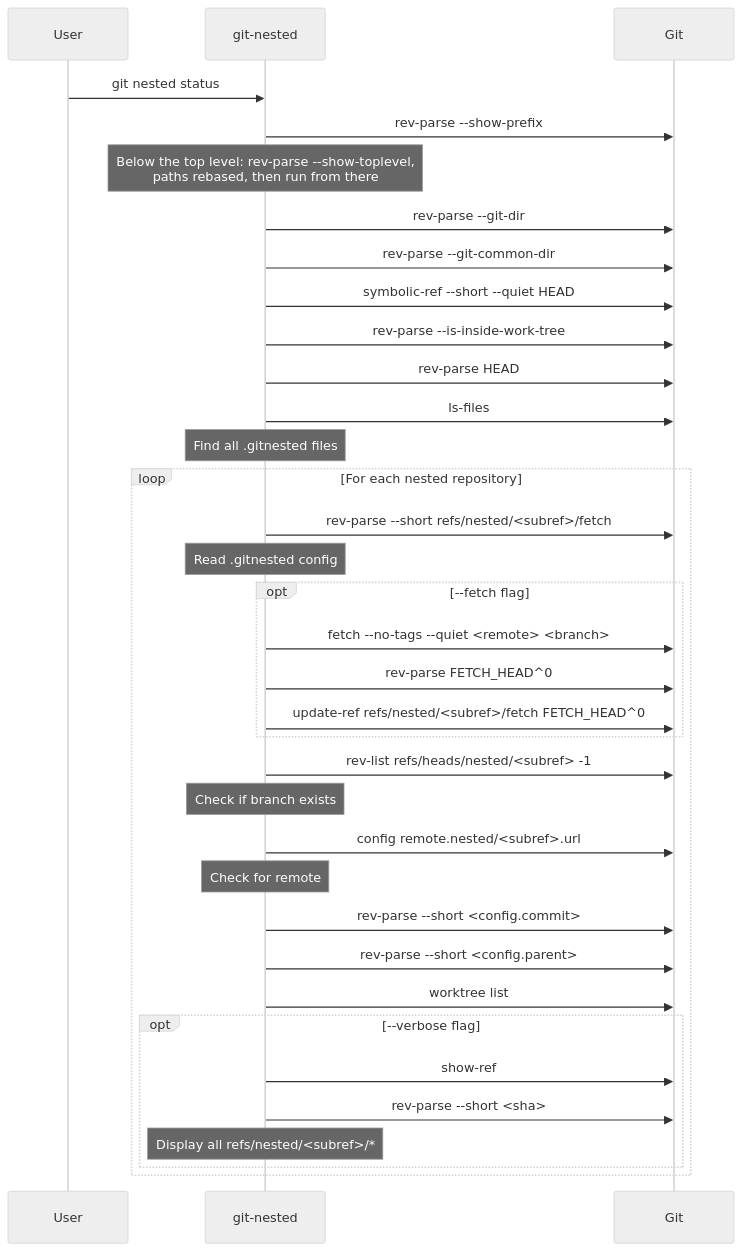
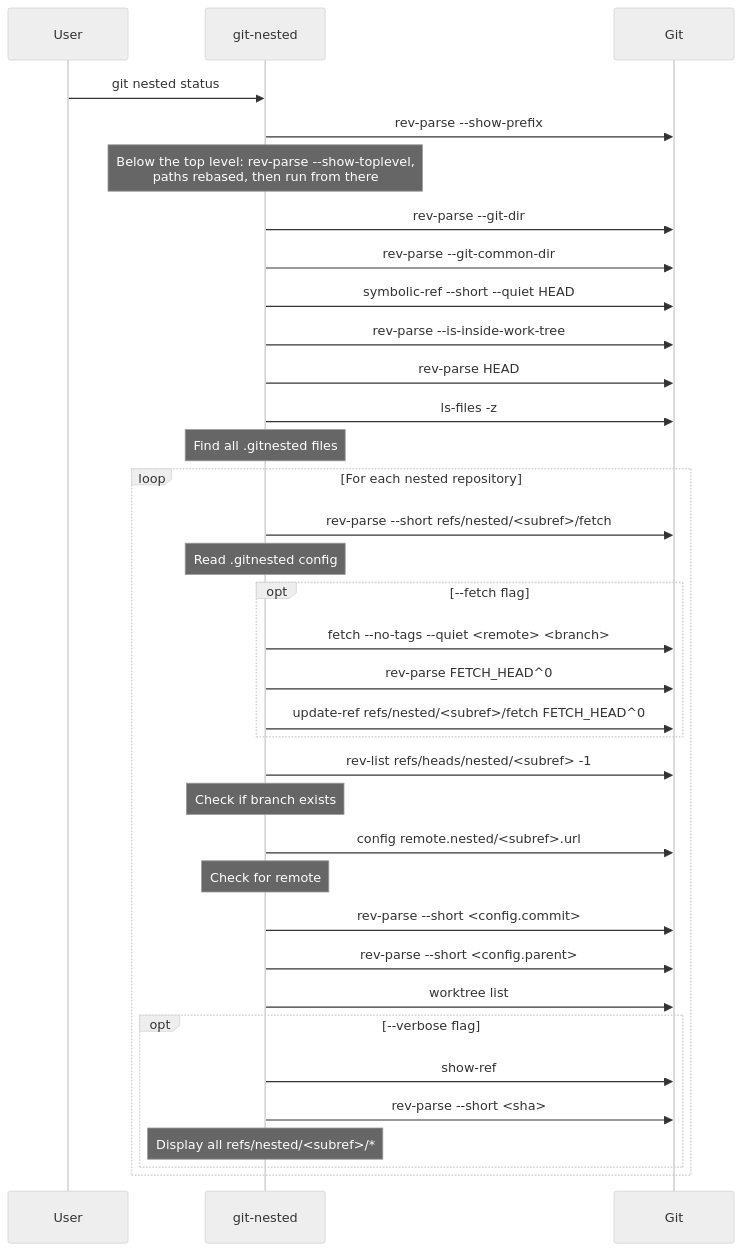
One commit to thorsten-klein/git-nested changed the tenth of 14 diagrams in docs/diagrams.md. Above: the diagram before and after it, drawn with Mermaid (neutral theme). The commit also changed 7 other files, not shown here.

````diff
--- a/docs/diagrams.md
+++ b/docs/diagrams.md
@@ -515,45 +515,45 @@
 ```mermaid
 sequenceDiagram
     participant User
     participant git-nested
     participant Git
 
     User->>git-nested: git nested status
     git-nested->>Git: rev-parse --show-prefix
     Note over git-nested: Below the top level: rev-parse --show-toplevel,<br/>paths rebased, then run from there
     git-nested->>Git: rev-parse --git-dir
     git-nested->>Git: rev-parse --git-common-dir
     git-nested->>Git: symbolic-ref --short --quiet HEAD
     git-nested->>Git: rev-parse --is-inside-work-tree
     git-nested->>Git: rev-parse HEAD
 
-    git-nested->>Git: ls-files
+    git-nested->>Git: ls-files -z
     Note over git-nested: Find all .gitnested files
 
     loop For each nested repository
         git-nested->>Git: rev-parse --short refs/nested/<subref>/fetch
         Note over git-nested: Read .gitnested config
 
         opt --fetch flag
             git-nested->>Git: fetch --no-tags --quiet <remote> <branch>
             git-nested->>Git: rev-parse FETCH_HEAD^0
             git-nested->>Git: update-ref refs/nested/<subref>/fetch FETCH_HEAD^0
         end
 
         git-nested->>Git: rev-list refs/heads/nested/<subref> -1
         Note over git-nested: Check if branch exists
 
         git-nested->>Git: config remote.nested/<subref>.url
         Note over git-nested: Check for remote
 
         git-nested->>Git: rev-parse --short <config.commit>
         git-nested->>Git: rev-parse --short <config.parent>
         git-nested->>Git: worktree list
 
         opt --verbose flag
             git-nested->>Git: show-ref
             git-nested->>Git: rev-parse --short <sha>
             Note over git-nested: Display all refs/nested/<subref>/*
         end
     end
 ```
````
